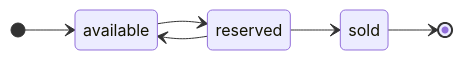
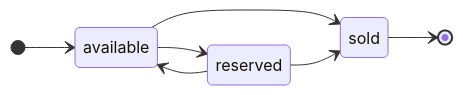
The diagram in specification/requirements/behaviors/rules/README.md (kieranpotts/specs), drawn with Mermaid before and after one commit. The commit also changed other lines of this file and 20 other files, not shown here.

````diff
--- a/specification/requirements/behaviors/rules/README.md
+++ b/specification/requirements/behaviors/rules/README.md
@@ -61,9 +81,10 @@
 ```mermaid
 stateDiagram-v2
   direction LR
   [*] --> available
   available --> reserved
   reserved --> available
+  available --> sold
   reserved --> sold
   sold --> [*]
 ```
````
